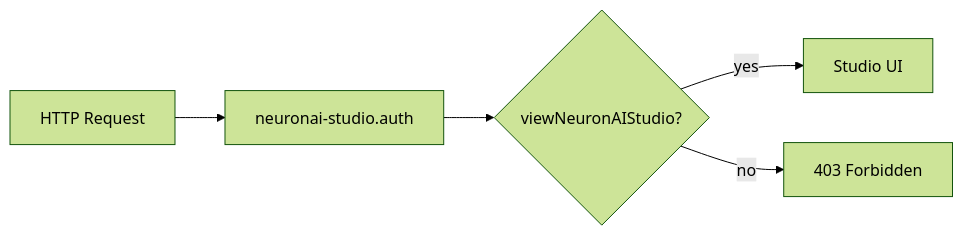
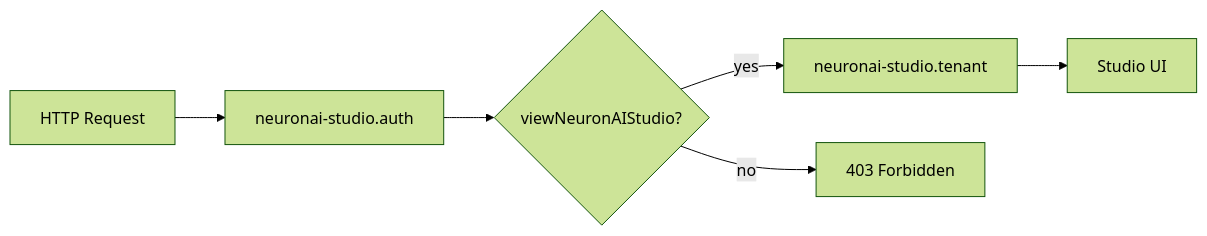
Before and after one commit to digitalelvis/neuronai-studio: the diagram in docs/guides/security-and-access.md, drawn with Mermaid (forest theme). The commit also changed other lines of this file and 51 other files, not shown here.

````diff
--- a/docs/guides/security-and-access.md
+++ b/docs/guides/security-and-access.md
@@ -34,7 +34,8 @@
 ```mermaid
 flowchart LR
     Request[HTTP Request] --> Middleware[neuronai-studio.auth]
     Middleware --> Gate{viewNeuronAIStudio?}
-    Gate -->|yes| Studio[Studio UI]
+    Gate -->|yes| Tenant[neuronai-studio.tenant]
+    Tenant --> Studio[Studio UI]
     Gate -->|no| Deny[403 Forbidden]
 ```
````
